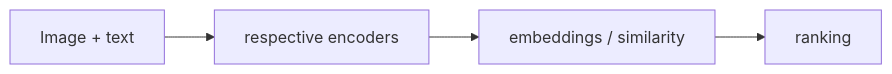
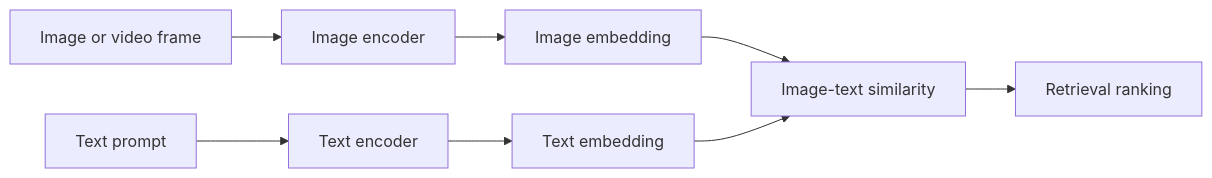
The diagram in docs/en/siglip-2.md (james-joobs/awesome-nvidia-physical-ai), drawn with Mermaid before and after one commit. The commit also changed other lines of this file and 187 other files, not shown here.

Commit message:
Expand bilingual guides with official architecture references

````diff
--- a/docs/en/siglip-2.md
+++ b/docs/en/siglip-2.md
@@ -11,4 +11,8 @@
 ```mermaid
 flowchart LR
-    A["Image + text"] --> B["respective encoders"] --> C["embeddings / similarity"] --> D["ranking"]
+    I["Image or video frame"] --> V["Image encoder"] --> IV["Image embedding"]
+    T["Text prompt"] --> L["Text encoder"] --> TV["Text embedding"]
+    IV --> S["Image-text similarity"]
+    TV --> S
+    S --> R["Retrieval ranking"]
 ```
````
